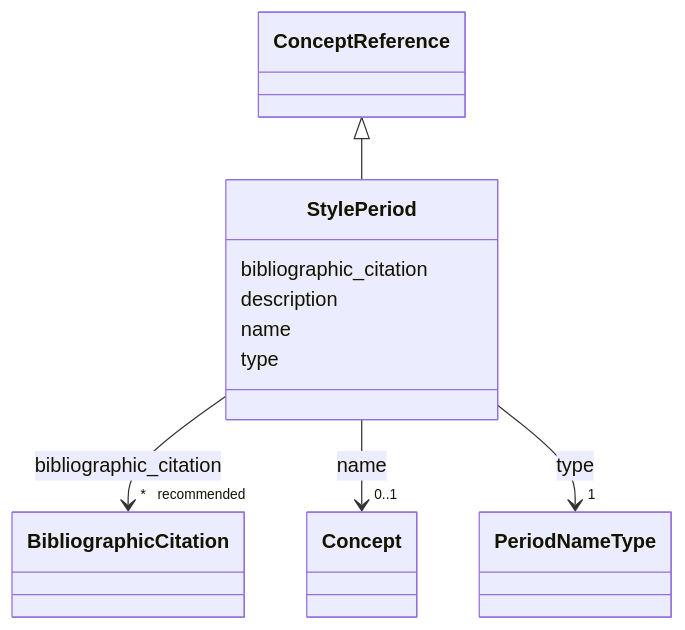
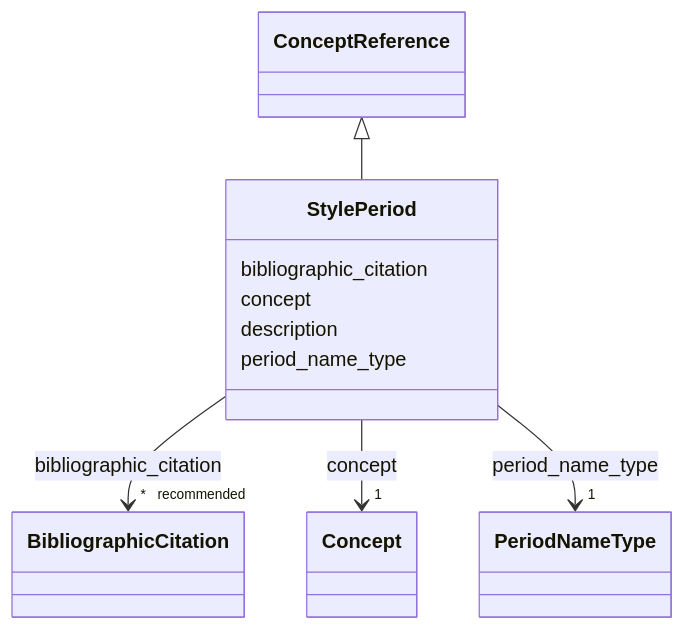
The diagram in docs/StylePeriod.md (arqtrad/schema), drawn with Mermaid before and after one commit. The commit also changed other lines of this file and 215 other files, not shown here.

````diff
--- a/docs/StylePeriod.md
+++ b/docs/StylePeriod.md
@@ -18,44 +18,44 @@
 ```mermaid
  classDiagram
     class StylePeriod
     click StylePeriod href "../StylePeriod/"
       ConceptReference <|-- StylePeriod
         click ConceptReference href "../ConceptReference/"
-
+      
       StylePeriod : bibliographic_citation
-
-
-
-
-
+        
+          
+    
+        
+        
         StylePeriod --> "* _recommended_" BibliographicCitation : bibliographic_citation
         click BibliographicCitation href "../BibliographicCitation/"
+    
 
+        
+      StylePeriod : concept
+        
+          
+    
+        
+        
+        StylePeriod --> "1" Concept : concept
+        click Concept href "../Concept/"
+    
 
+        
+      StylePeriod : description
+        
+      StylePeriod : period_name_type
+        
+          
+    
+        
+        
+        StylePeriod --> "1" PeriodNameType : period_name_type
+        click PeriodNameType href "../PeriodNameType/"
+    
 
-      StylePeriod : description
-
-      StylePeriod : name
-
-
-
-
-
-        StylePeriod --> "0..1" Concept : name
-        click Concept href "../Concept/"
-
-
-
-      StylePeriod : type
-
-
-
-
-
-        StylePeriod --> "1" PeriodNameType : type
-        click PeriodNameType href "../PeriodNameType/"
-
-
-
-
+        
+      
 ```
````
